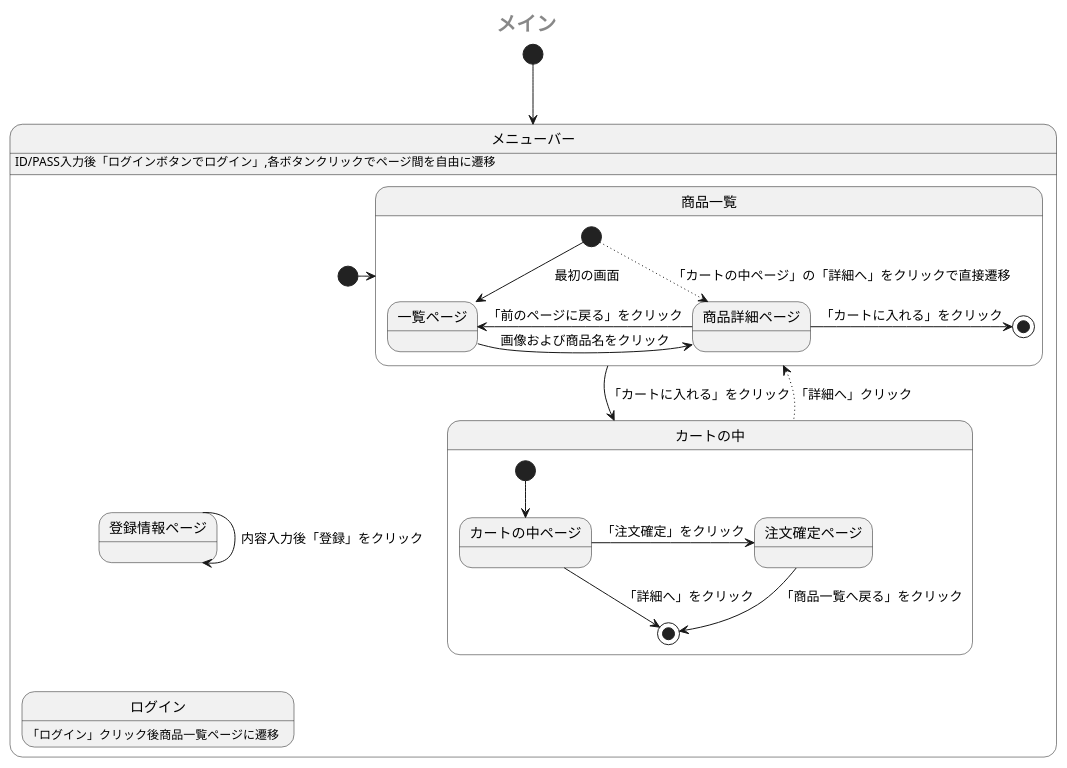
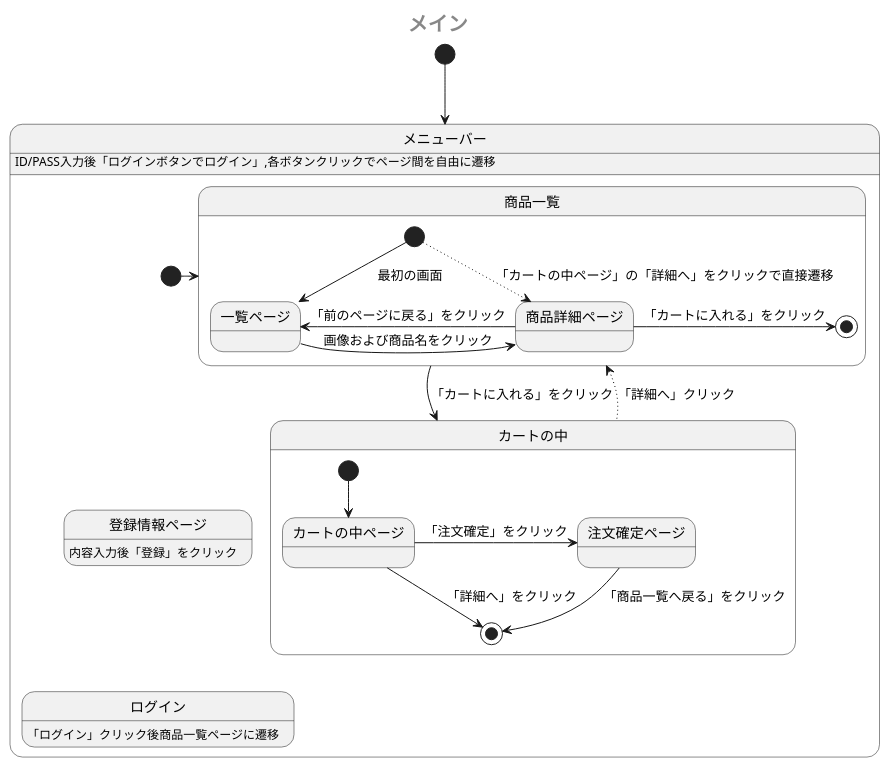
The diagram in sample/StateMachine.md (Aso2001385/2021sys-design), drawn with PlantUML before and after one commit.

````diff
--- a/sample/StateMachine.md
+++ b/sample/StateMachine.md
@@ -1,36 +1,32 @@
 ```uml
 @startuml
  center header <size:20><b>メイン</b></size>
  [*] --> メニューバー
  state メニューバー {
    メニューバー: ID/PASS入力後「ログインボタンでログイン」,各ボタンクリックでページ間を自由に遷移
    [*] -> 商品一覧
    state 商品一覧 {
     [*] --> 一覧ページ:　最初の画面
     [*] -[dotted]-> 商品詳細ページ: 「カートの中ページ」の「詳細へ」をクリックで直接遷移
     一覧ページ -right-> 商品詳細ページ: 画像および商品名をクリック
     商品詳細ページ -left-> 一覧ページ: 「前のページに戻る」をクリック
     商品詳細ページ -right-> [*]: 「カートに入れる」をクリック
     
    }
    商品一覧 -down-> カートの中:「カートに入れる」をクリック
    state カートの中 {
     [*] --> カートの中ページ
     カートの中ページ --> [*]:「詳細へ」をクリック
     カートの中ページ -> 注文確定ページ:「注文確定」をクリック 
     注文確定ページ --> [*]: 「商品一覧へ戻る」をクリック
    }
    カートの中 -up[dotted]-> 商品一覧:「詳細へ」クリック
   
    カートの中 -left[hidden]-> 登録情報ページ
-   登録情報ページ --> 登録情報ページ:内容入力後「登録」をクリック
+   登録情報ページ:内容入力後「登録」をクリック
    登録情報ページ -[hidden]-> ログイン
    ログイン:「ログイン」クリック後商品一覧ページに遷移
-   
-   
-   
-   
  }
  
 @enduml
 ```
````
